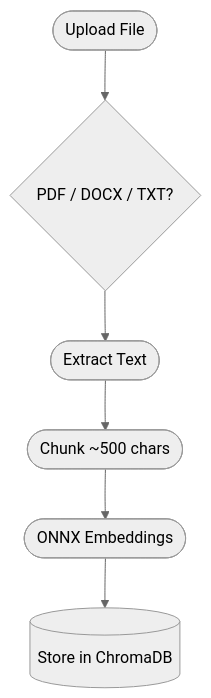
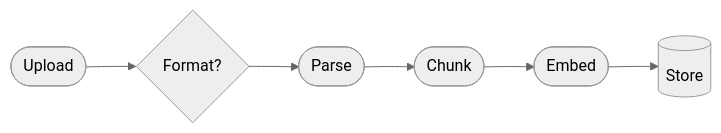
Before and after one commit to prthmmkhija1/RAGsystem: the second of 4 diagrams in README.md, drawn with Mermaid (neutral theme). The commit also changed other lines of this file, not shown here.

Commit message:
Clean horizontal mermaid diagrams

````diff
--- a/README.md
+++ b/README.md
@@ -30,6 +29,4 @@
 ```mermaid
-flowchart TD
-    A([Upload File]) --> B{PDF / DOCX / TXT?}
-    B --> C([Extract Text]) --> D([Chunk ~500 chars])
-    D --> E([ONNX Embeddings]) --> F[(Store in ChromaDB)]
+flowchart LR
+    A([Upload]) --> B{Format?} --> C([Parse]) --> D([Chunk]) --> E([Embed]) --> F[(Store)]
 ```
````
